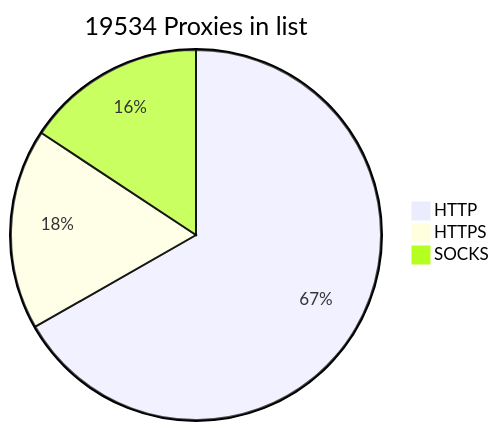
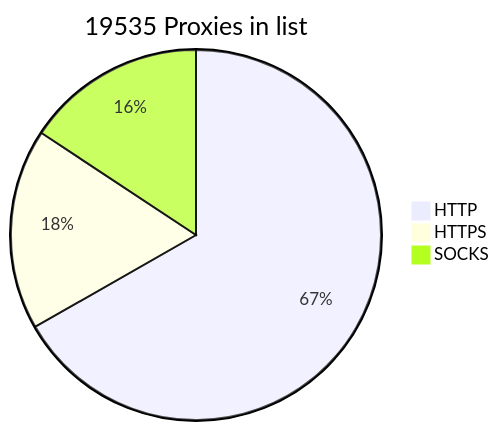
One commit to BlackSnowDot/proxylist-update-every-minute changed the diagram in README.md. Above: the diagram before and after it, drawn with Mermaid.

````diff
--- a/README.md
+++ b/README.md
@@ -2,6 +2,6 @@
 ```mermaid
-pie title 19534 Proxies in list
-    "HTTP" : 14438
+pie title 19535 Proxies in list
+    "HTTP" : 14439
     "HTTPS": 3796
     "SOCKS" : 3398
 ```
````
